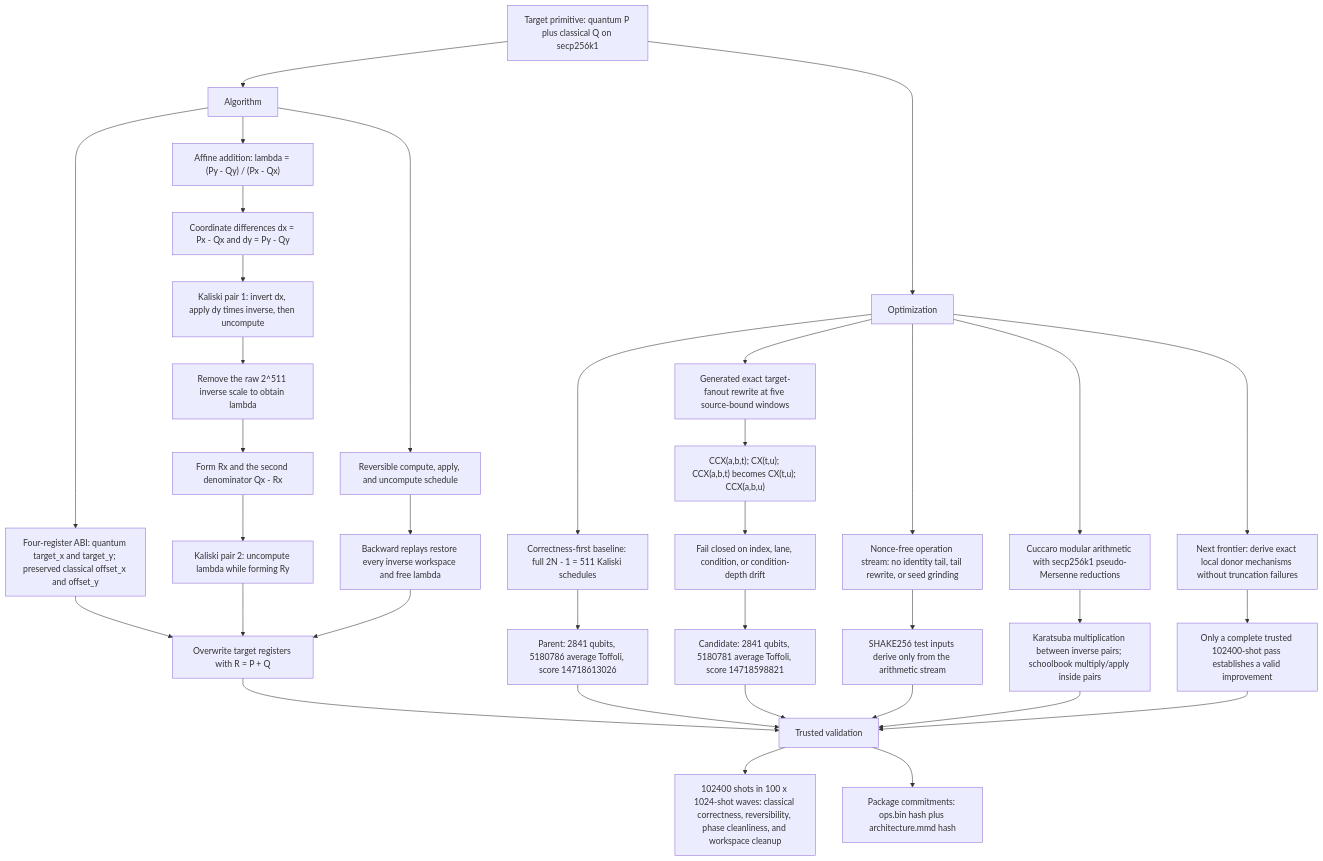
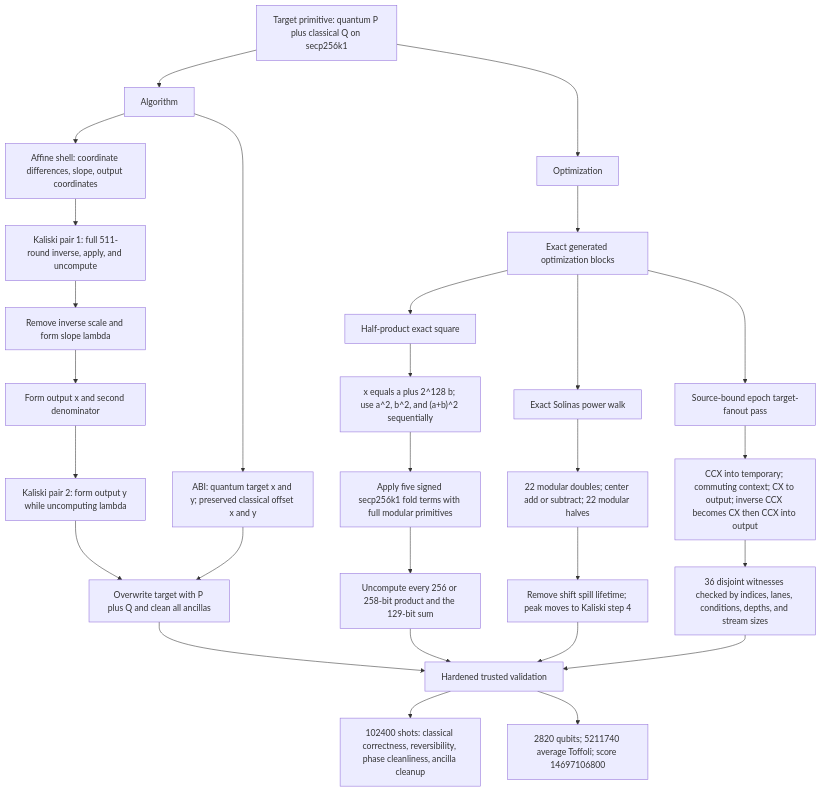
One commit to ecdlp-contest/ecdlp-point-add changed the diagram in src/point_add/architecture.mmd. Above: the diagram before and after it, drawn with Mermaid. The commit also changed 7 other files, not shown here.

```diff
--- a/src/point_add/architecture.mmd
+++ b/src/point_add/architecture.mmd
@@ -1,44 +1,36 @@
 flowchart TD
   Target["Target primitive: quantum P plus classical Q on secp256k1"]
   Algorithm["Algorithm"]
   Optimization["Optimization"]
-
   Target --> Algorithm
   Target --> Optimization
+  Algorithm --> Contract["ABI: quantum target x and y; preserved classical offset x and y"]
+  Algorithm --> Affine["Affine shell: coordinate differences, slope, output coordinates"]
+  Optimization --> Exact["Exact generated optimization blocks"]
 
-  Algorithm --> Contract["Four-register ABI: quantum target_x and target_y; preserved classical offset_x and offset_y"]
-  Algorithm --> Affine["Affine addition: lambda = (Py - Qy) / (Px - Qx)"]
-  Algorithm --> Reversible["Reversible compute, apply, and uncompute schedule"]
+  Affine --> Pair1["Kaliski pair 1: full 511-round inverse, apply, and uncompute"]
+  Pair1 --> Lambda["Remove inverse scale and form slope lambda"]
+  Lambda --> XCoord["Form output x and second denominator"]
+  XCoord --> Pair2["Kaliski pair 2: form output y while uncomputing lambda"]
+  Pair2 --> Result["Overwrite target with P plus Q and clean all ancillas"]
+  Contract --> Result
 
-  Contract --> Result["Overwrite target registers with R = P + Q"]
-  Affine --> Differences["Coordinate differences dx = Px - Qx and dy = Py - Qy"]
-  Differences --> Pair1["Kaliski pair 1: invert dx, apply dy times inverse, then uncompute"]
-  Pair1 --> Lambda["Remove the raw 2^511 inverse scale to obtain lambda"]
-  Lambda --> XCoordinate["Form Rx and the second denominator Qx - Rx"]
-  XCoordinate --> Pair2["Kaliski pair 2: uncompute lambda while forming Ry"]
-  Pair2 --> Result
-  Reversible --> Cleanup["Backward replays restore every inverse workspace and free lambda"]
-  Cleanup --> Result
+  Exact --> Square["Half-product exact square"]
+  Square --> Identity["x equals a plus 2^128 b; use a^2, b^2, and (a+b)^2 sequentially"]
+  Identity --> Fold["Apply five signed secp256k1 fold terms with full modular primitives"]
+  Fold --> Bennett["Uncompute every 256 or 258-bit product and the 129-bit sum"]
 
-  Optimization --> Baseline["Correctness-first baseline: full 2N - 1 = 511 Kaliski schedules"]
-  Optimization --> NonceFree["Nonce-free operation stream: no identity tail, tail rewrite, or seed grinding"]
-  Optimization --> Arithmetic["Cuccaro modular arithmetic with secp256k1 pseudo-Mersenne reductions"]
-  Optimization --> Fanout["Generated exact target-fanout rewrite at five source-bound windows"]
-  Optimization --> Frontier["Next frontier: derive exact local donor mechanisms without truncation failures"]
+  Exact --> Solinas["Exact Solinas power walk"]
+  Solinas --> Walk["22 modular doubles; center add or subtract; 22 modular halves"]
+  Walk --> Peak["Remove shift spill lifetime; peak moves to Kaliski step 4"]
 
-  Baseline --> ParentMetrics["Parent: 2841 qubits, 5180786 average Toffoli, score 14718613026"]
-  NonceFree --> FiatShamir["SHAKE256 test inputs derive only from the arithmetic stream"]
-  Arithmetic --> Karatsuba["Karatsuba multiplication between inverse pairs; schoolbook multiply/apply inside pairs"]
-  Fanout --> Identity["CCX(a,b,t); CX(t,u); CCX(a,b,t) becomes CX(t,u); CCX(a,b,u)"]
-  Identity --> Guard["Fail closed on index, lane, condition, or condition-depth drift"]
-  Guard --> Metrics["Candidate: 2841 qubits, 5180781 average Toffoli, score 14718598821"]
-  Frontier --> Evidence["Only a complete trusted 102400-shot pass establishes a valid improvement"]
+  Exact --> Fanout["Source-bound epoch target-fanout pass"]
+  Fanout --> Rule["CCX into temporary; commuting context; CX to output; inverse CCX becomes CX then CCX into output"]
+  Rule --> Guard["36 disjoint witnesses checked by indices, lanes, conditions, depths, and stream sizes"]
 
-  Result --> Validation["Trusted validation"]
-  ParentMetrics --> Validation
-  Metrics --> Validation
-  FiatShamir --> Validation
-  Karatsuba --> Validation
-  Evidence --> Validation
-  Validation --> Checks["102400 shots in 100 x 1024-shot waves: classical correctness, reversibility, phase cleanliness, and workspace cleanup"]
-  Validation --> Commitments["Package commitments: ops.bin hash plus architecture.mmd hash"]
+  Result --> Validation["Hardened trusted validation"]
+  Bennett --> Validation
+  Peak --> Validation
+  Guard --> Validation
+  Validation --> Checks["102400 shots: classical correctness, reversibility, phase cleanliness, ancilla cleanup"]
+  Validation --> Metrics["2820 qubits; 5211740 average Toffoli; score 14697106800"]
```
